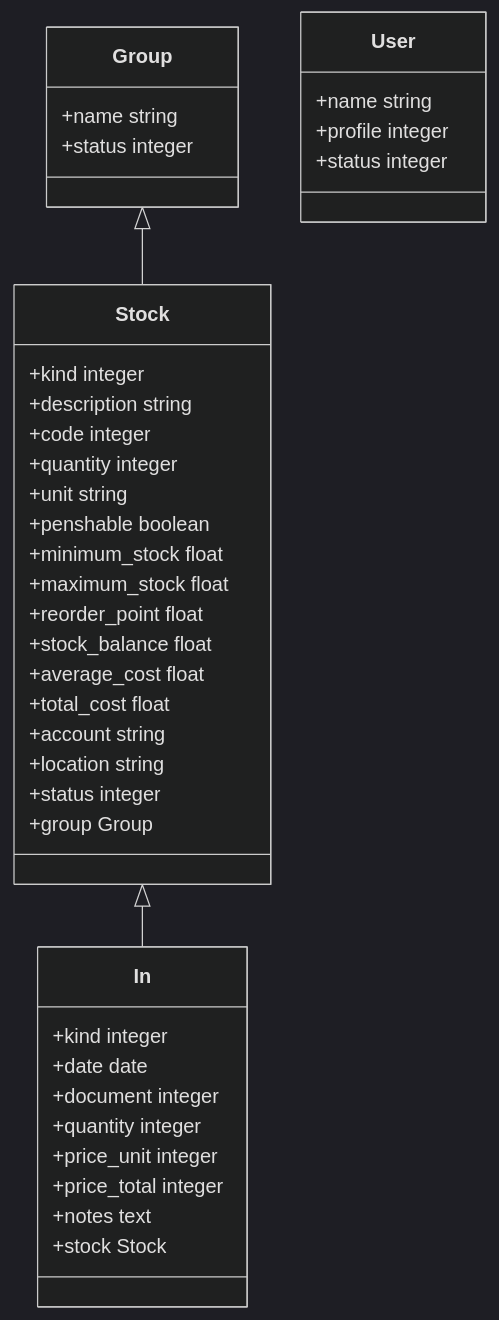
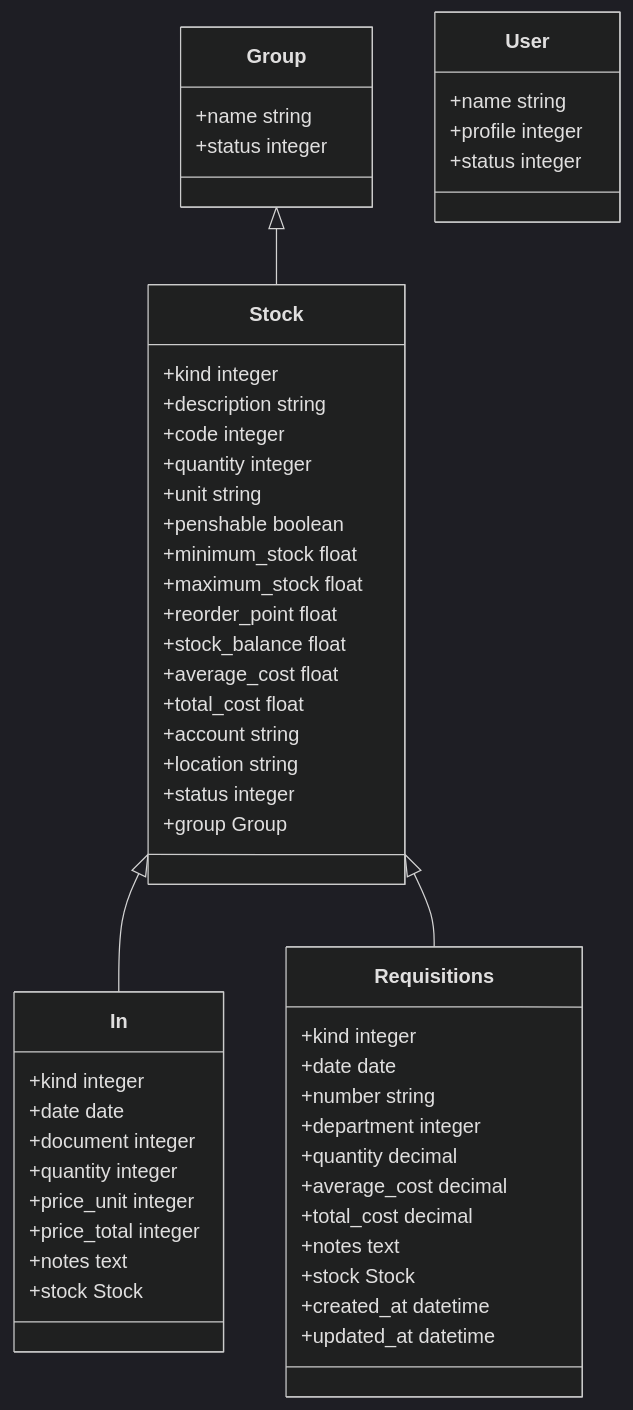
Before and after one commit to Citra-citoru/mpv-warehouse: the diagram in README.md, drawn with Mermaid (dark theme).

````diff
--- a/README.md
+++ b/README.md
@@ -3,46 +3,60 @@
 ```mermaid
  classDiagram
   class Group{
       +name string
       +status integer
   }
   class Stock{
     +kind integer
     +description string
     +code integer
     +quantity integer
     +unit string
     +penshable boolean
     +minimum_stock float
     +maximum_stock float
     +reorder_point float
     +stock_balance float
     +average_cost float
     +total_cost float
     +account string
     +location string
     +status integer
     +group Group 
   }
 
   class In{
     +kind integer
     +date date
     +document integer
     +quantity integer
     +price_unit integer
     +price_total integer
     +notes text
     +stock Stock
   }
 
+  class Requisitions{   
+     +kind integer    
+     +date date    
+     +number string    
+     +department integer    
+     +quantity decimal    
+     +average_cost decimal    
+     +total_cost decimal    
+     +notes text    
+     +stock Stock  
+     +created_at datetime    
+     +updated_at datetime    
+  }
+
   class User {
     +name string
     +profile integer
     +status integer
   }
 
   Group <|-- Stock
   Stock <|-- In
-   
+  Stock <|-- Requisitions
 ```
````
